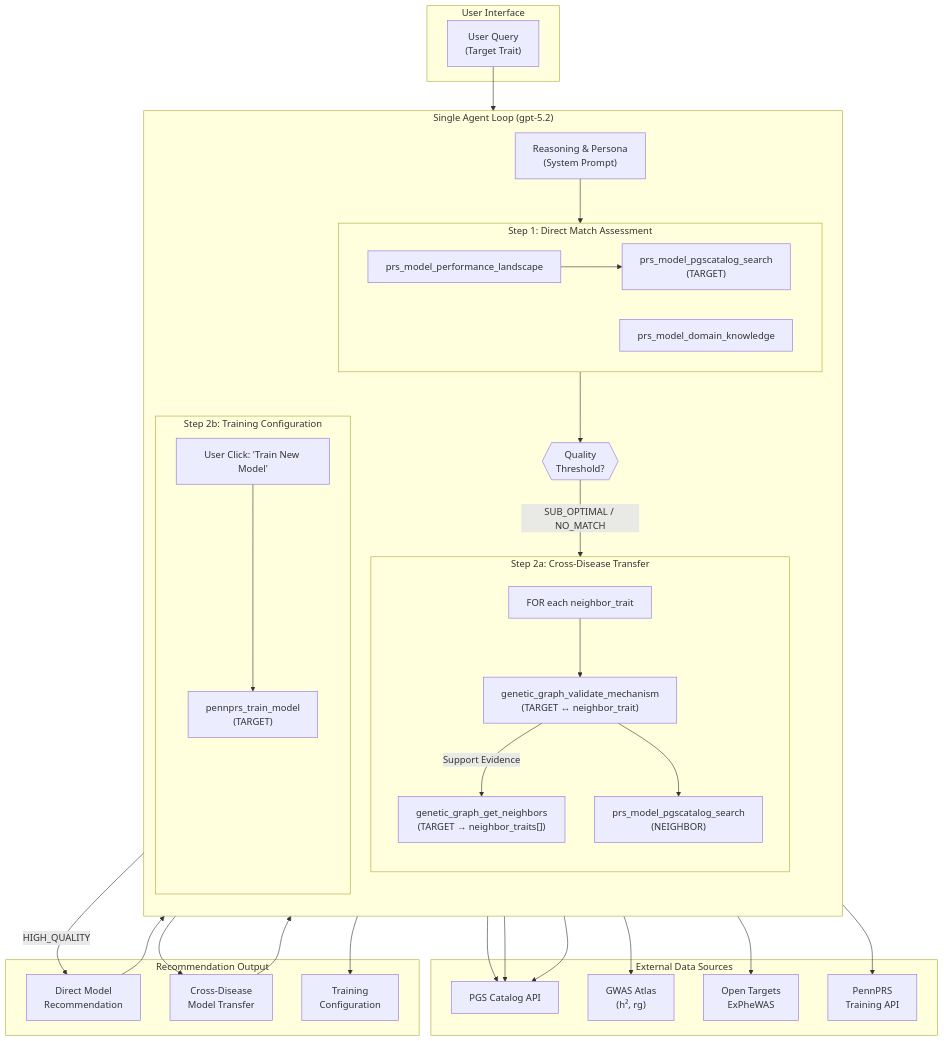
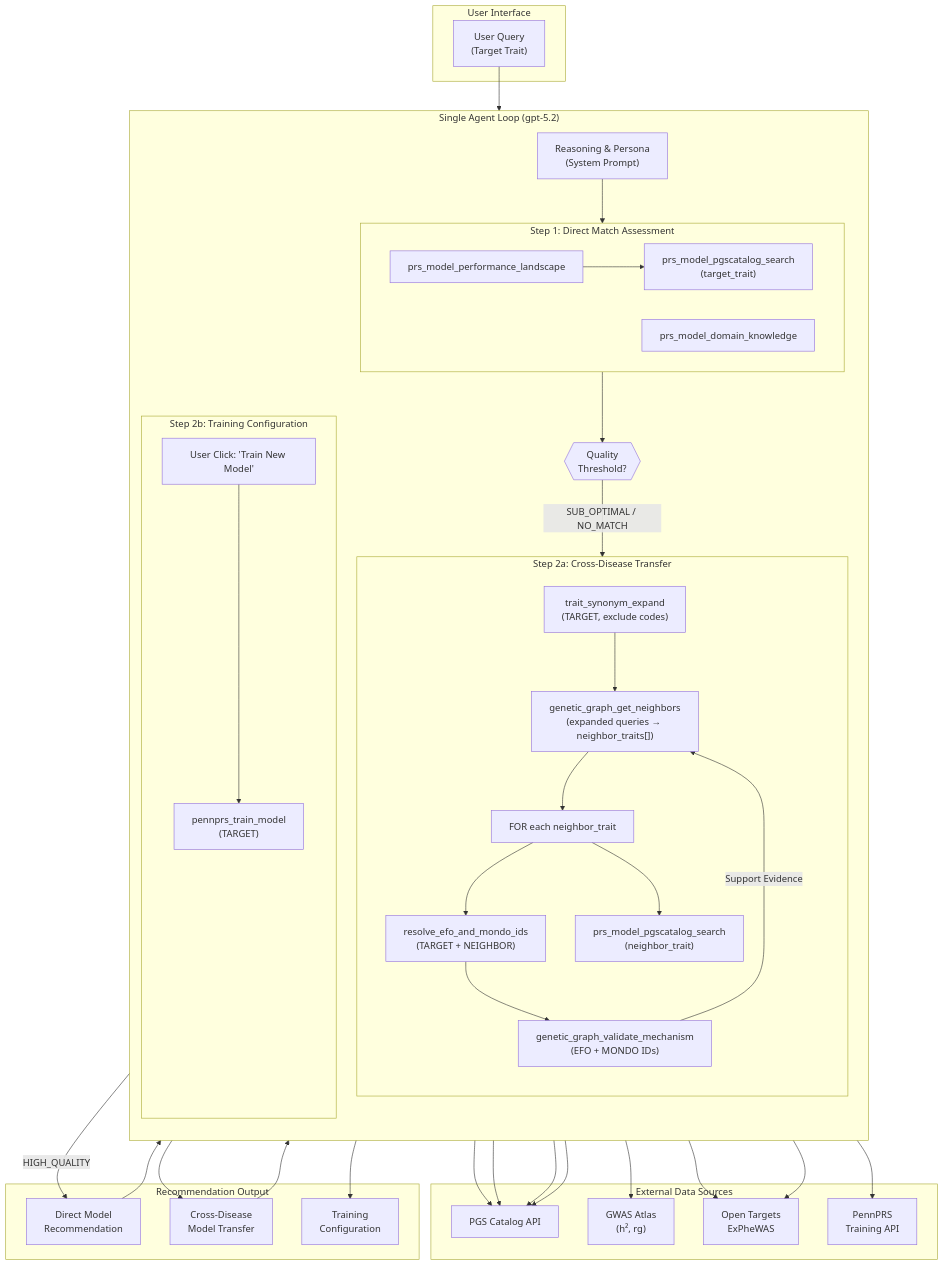
One commit to ZhaoqianXue/PennPRS-Agent-Dec2024 changed the diagram in .agent/blueprints/sop.md. Above: the diagram before and after it, drawn with Mermaid. The commit also changed other lines of this file and 12 other files, not shown here.

````diff
--- a/.agent/blueprints/sop.md
+++ b/.agent/blueprints/sop.md
@@ -66,71 +70,78 @@
 ```mermaid
 flowchart TB
     subgraph UserInterface["User Interface"]
         Query["User Query<br/>(Target Trait)"]
     end
 
     subgraph AgentCore["Single Agent Loop (gpt-5.2)"]
         direction TB
         Reasoning["Reasoning & Persona<br/>(System Prompt)"]
         
         subgraph Step1["Step 1: Direct Match Assessment"]
             direction LR
-            S1_Search["prs_model_pgscatalog_search<br/>(TARGET)"]
+            S1_Search["prs_model_pgscatalog_search<br/>(target_trait)"]
             S1_Knowledge["prs_model_domain_knowledge"]
             S1_Landscape["prs_model_performance_landscape"]
         end
         
         Decision1{{"Quality<br/>Threshold?"}}
         
         subgraph Step2a["Step 2a: Cross-Disease Transfer"]
             direction TB
-            S2a_Neighbors["genetic_graph_get_neighbors<br/>(TARGET → neighbor_traits[])"]
+            S2a_Synonym["trait_synonym_expand<br/>(TARGET, exclude codes)"]
+            S2a_Neighbors["genetic_graph_get_neighbors<br/>(expanded queries → neighbor_traits[])"]
             S2a_Loop["FOR each neighbor_trait"]
-            S2a_Validate["genetic_graph_validate_mechanism<br/>(TARGET ↔ neighbor_trait)"]
-            S2a_Search["prs_model_pgscatalog_search<br/>(NEIGHBOR)"]
+            S2a_Resolve["resolve_efo_and_mondo_ids<br/>(TARGET + NEIGHBOR)"]
+            S2a_Validate["genetic_graph_validate_mechanism<br/>(EFO + MONDO IDs)"]
+            S2a_Search["prs_model_pgscatalog_search<br/>(neighbor_trait)"]
+            S2a_Synonym --> S2a_Neighbors
+            S2a_Neighbors --> S2a_Loop
+            S2a_Loop --> S2a_Resolve
+            S2a_Resolve --> S2a_Validate
+            S2a_Loop --> S2a_Search
         end
         
         subgraph Step2b["Step 2b: Training Configuration"]
             S2b_Trigger["User Click: 'Train New Model'"]
             S2b_Train["pennprs_train_model<br/>(TARGET)"]
         end
     end
 
     subgraph ExternalData["External Data Sources"]
         PGS["PGS Catalog API"]
         GWAS["GWAS Atlas<br/>(h², rg)"]
         OpenTargets["Open Targets<br/>ExPheWAS"]
         PennPRS["PennPRS<br/>Training API"]
     end
 
     subgraph Output["Recommendation Output"]
         Direct["Direct Model<br/>Recommendation"]
         CrossDisease["Cross-Disease<br/>Model Transfer"]
         TrainNew["Training<br/>Configuration"]
     end
 
     Query --> Reasoning
     Reasoning --> Step1
     S1_Search --> PGS
     S1_Knowledge --> PGS
     S1_Landscape --> S1_Search
     
     Step1 --> Decision1
     Decision1 -->|"HIGH_QUALITY"| Direct
     Decision1 -->|"SUB_OPTIMAL / NO_MATCH"| Step2a
     
     S2a_Neighbors --> GWAS
+    S2a_Resolve --> PGS
+    S2a_Resolve --> OpenTargets
     S2a_Validate --> OpenTargets
     S2a_Validate -->|"Support Evidence"| S2a_Neighbors
-    S2a_Loop --> S2a_Validate
-    S2a_Validate --> S2a_Search
     S2a_Search --> PGS
     
     Step2a --> CrossDisease
     
     Direct --> S2b_Trigger
     CrossDisease --> S2b_Trigger
     S2b_Trigger --> S2b_Train
     S2b_Train --> PennPRS
     S2b_Train --> TrainNew
 ```
````
